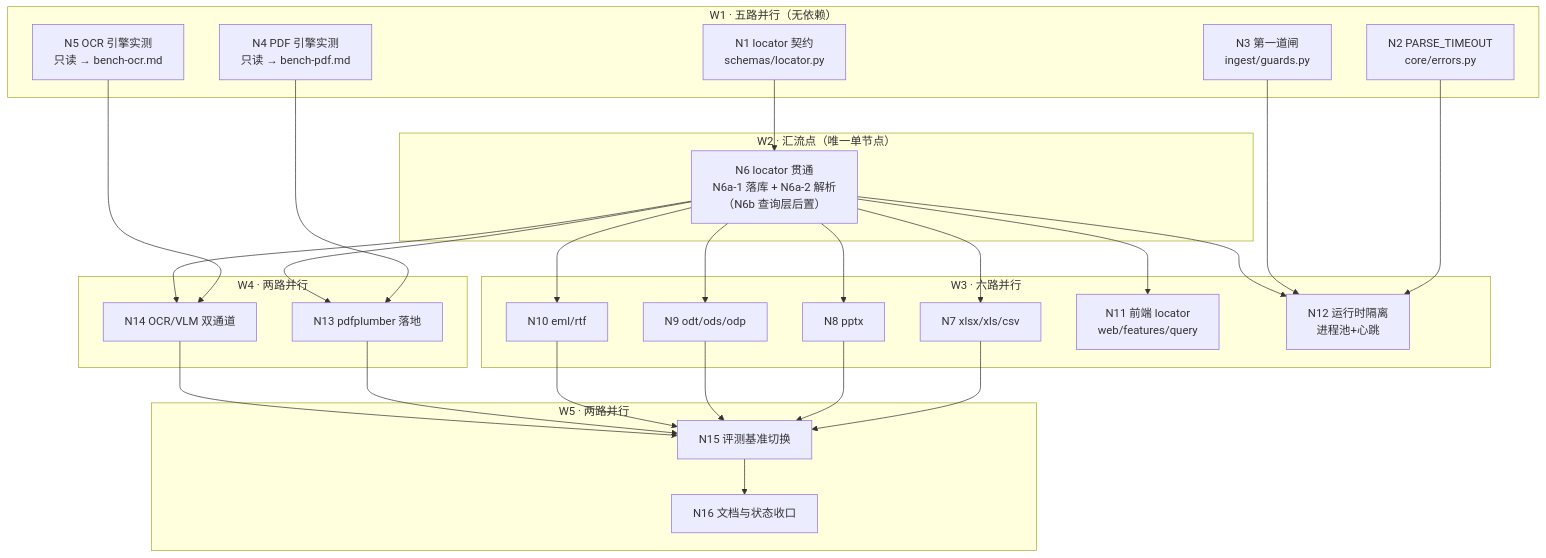
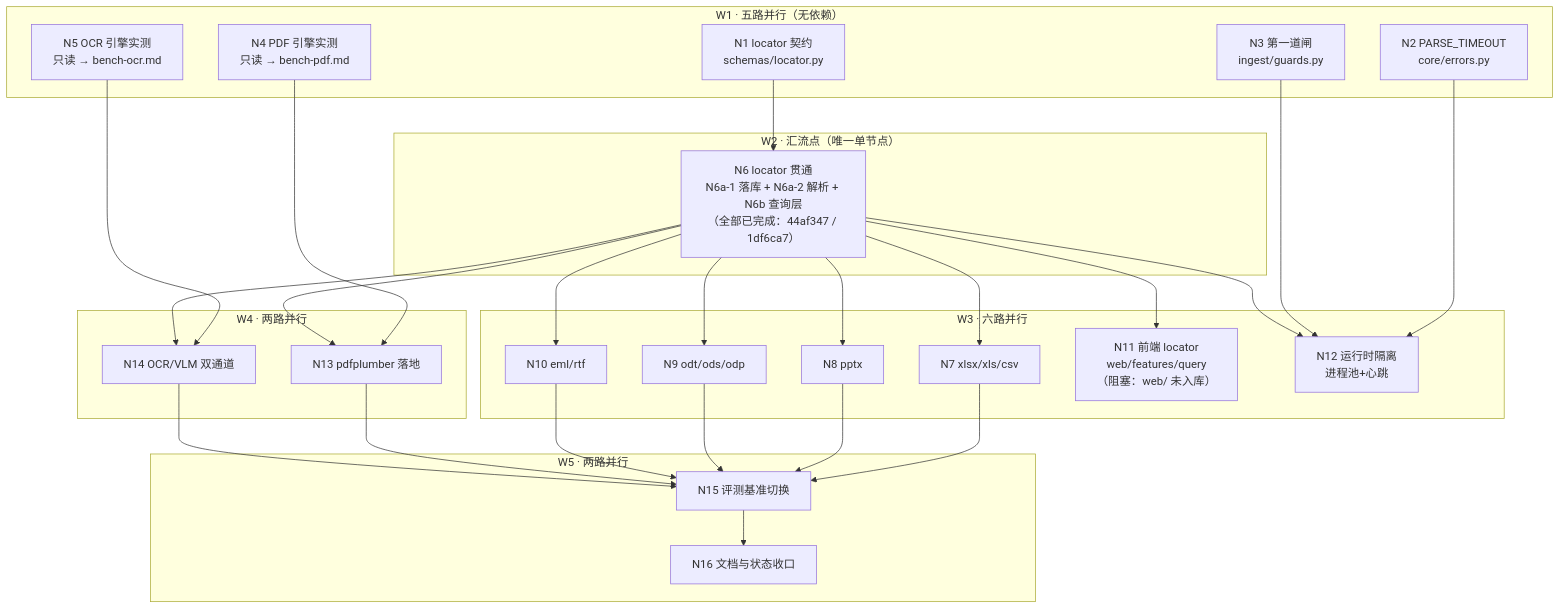
Before and after one commit to zxd15978684198/intelligent_knowledge_base: the diagram in docs/plans/文档解析升级施工计划.md, drawn with Mermaid. The commit also changed other lines of this file and 8 other files, not shown here.

````diff
--- a/docs/plans/文档解析升级施工计划.md
+++ b/docs/plans/文档解析升级施工计划.md
@@ -56,39 +56,39 @@
 ```mermaid
 graph TD
   subgraph W1["W1 · 五路并行（无依赖）"]
     N1["N1 locator 契约<br/>schemas/locator.py"]
     N2["N2 PARSE_TIMEOUT<br/>core/errors.py"]
     N3["N3 第一道闸<br/>ingest/guards.py"]
     N4["N4 PDF 引擎实测<br/>只读 → bench-pdf.md"]
     N5["N5 OCR 引擎实测<br/>只读 → bench-ocr.md"]
   end
   subgraph W2["W2 · 汇流点（唯一单节点）"]
-    N6["N6 locator 贯通<br/>N6a-1 落库 + N6a-2 解析<br/>（N6b 查询层后置）"]
+    N6["N6 locator 贯通<br/>N6a-1 落库 + N6a-2 解析 + N6b 查询层<br/>（全部已完成：44af347 / 1df6ca7）"]
   end
   subgraph W3["W3 · 六路并行"]
     N7["N7 xlsx/xls/csv"]
     N8["N8 pptx"]
     N9["N9 odt/ods/odp"]
     N10["N10 eml/rtf"]
-    N11["N11 前端 locator<br/>web/features/query"]
+    N11["N11 前端 locator<br/>web/features/query<br/>（阻塞：web/ 未入库）"]
     N12["N12 运行时隔离<br/>进程池+心跳"]
   end
   subgraph W4["W4 · 两路并行"]
     N13["N13 pdfplumber 落地"]
     N14["N14 OCR/VLM 双通道"]
   end
   subgraph W5["W5 · 两路并行"]
     N15["N15 评测基准切换"]
     N16["N16 文档与状态收口"]
   end
   N1 --> N6
   N2 --> N12
   N3 --> N12
   N4 --> N13
   N5 --> N14
   N6 --> N7 & N8 & N9 & N10 & N11 & N12
   N6 --> N13
   N6 --> N14
   N7 & N8 & N9 & N10 & N13 & N14 --> N15
   N15 --> N16
 ```
````
